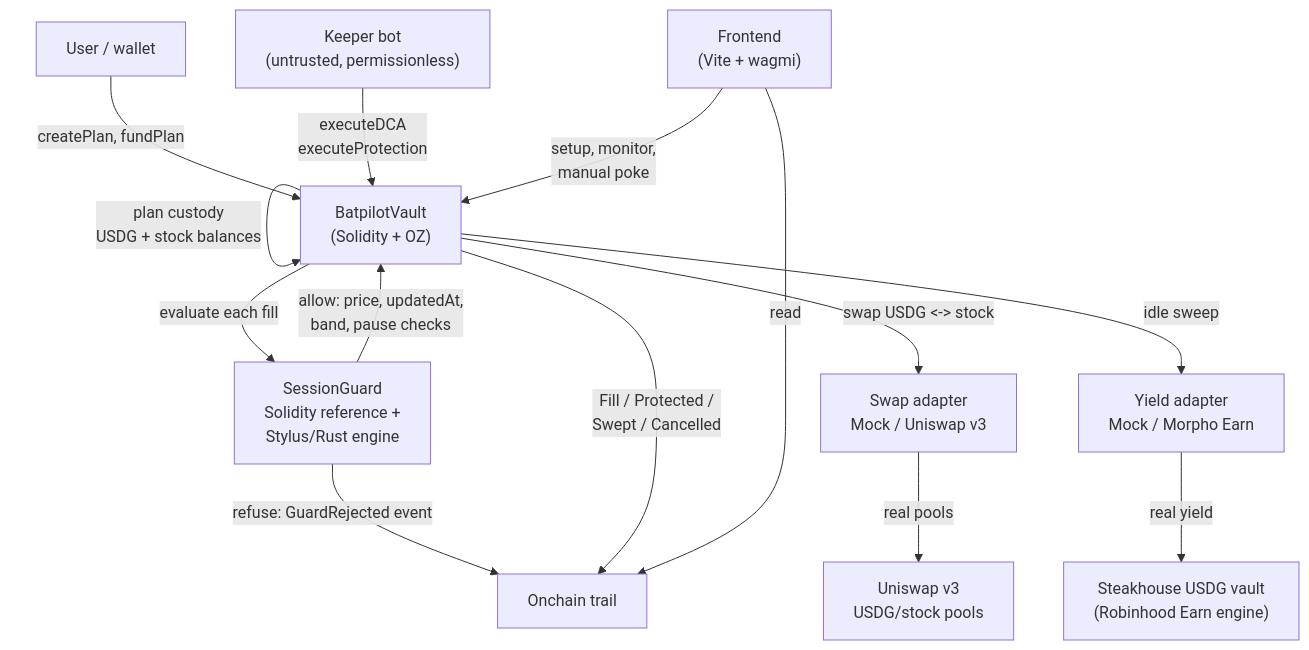
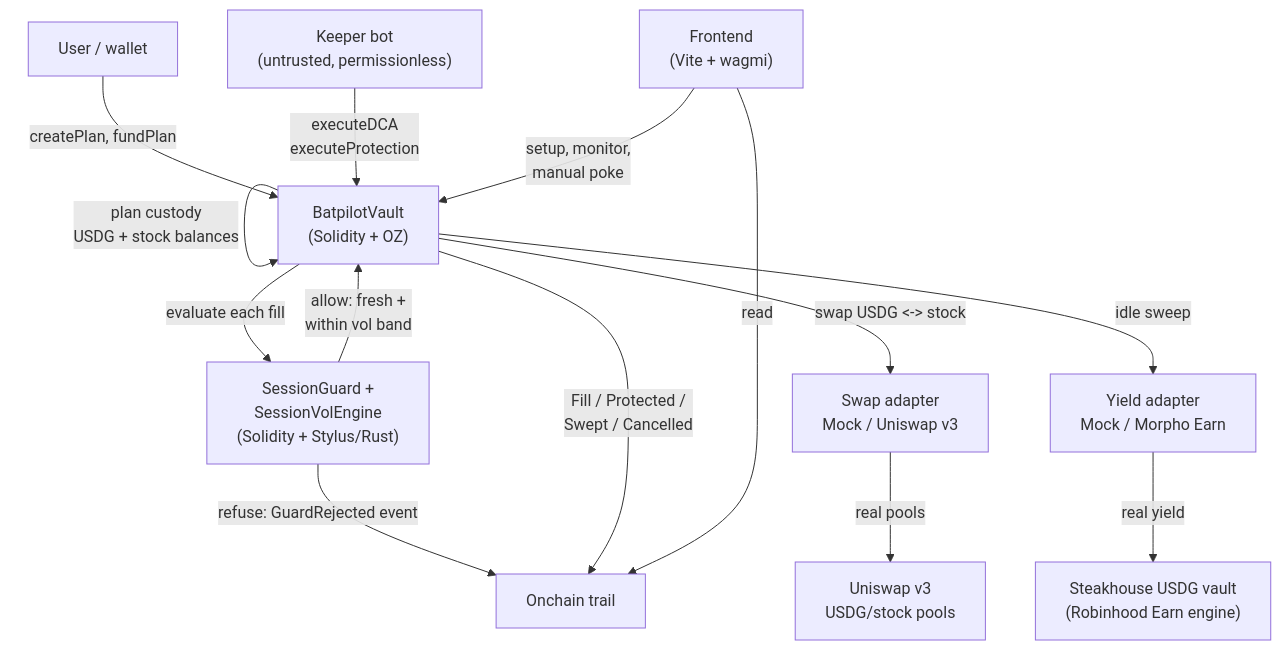
Before and after one commit to PhiBao/batpilot: the diagram in README.md, drawn with Mermaid. The commit also changed other lines of this file and 11 other files, not shown here.

Commit message:
Vol-adaptive engine + Stylus vol math (41% gas win, bit-identical) + faucet + docs

````diff
--- a/README.md
+++ b/README.md
@@ -49,16 +49,16 @@
 ```mermaid
 flowchart TB
     U["User / wallet"] -->|"createPlan, fundPlan"| V["BatpilotVault<br/>(Solidity + OZ)"]
     V -->|"plan custody<br/>USDG + stock balances"| V
     K["Keeper bot<br/>(untrusted, permissionless)"] -->|"executeDCA<br/>executeProtection"| V
-    V -->|"evaluate each fill"| G["SessionGuard<br/>Solidity reference +<br/>Stylus/Rust engine"]
-    G -->|"allow: price, updatedAt,<br/>band, pause checks"| V
+    V -->|"evaluate each fill"| G["SessionGuard +<br/>SessionVolEngine<br/>(Solidity + Stylus/Rust)"]
+    G -->|"allow: fresh +<br/>within vol band"| V
     G -->|"refuse: GuardRejected event"| T["Onchain trail"]
     V -->|"swap USDG <-> stock"| R["Swap adapter<br/>Mock / Uniswap v3"]
     R -->|"real pools"| AMM["Uniswap v3<br/>USDG/stock pools"]
     V -->|"idle sweep"| Y["Yield adapter<br/>Mock / Morpho Earn"]
     Y -->|"real yield"| E["Steakhouse USDG vault<br/>(Robinhood Earn engine)"]
     V -->|"Fill / Protected /<br/>Swept / Cancelled"| T
     F["Frontend<br/>(Vite + wagmi)"] -->|"setup, monitor,<br/>manual poke"| V
     F -->|"read"| T
 ```
````
